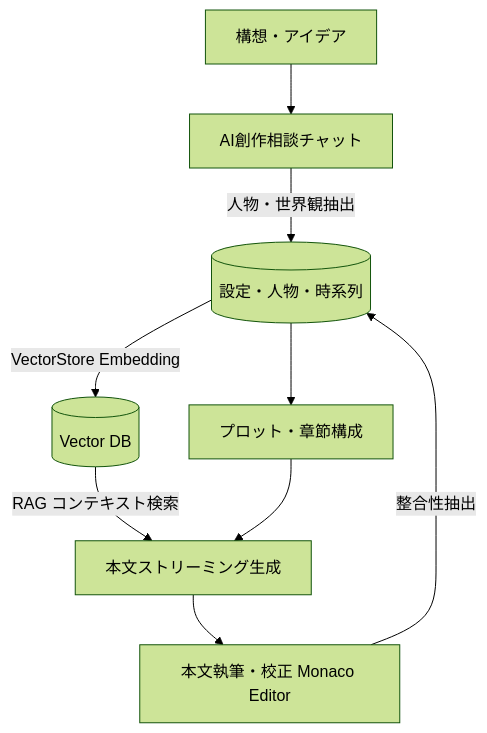
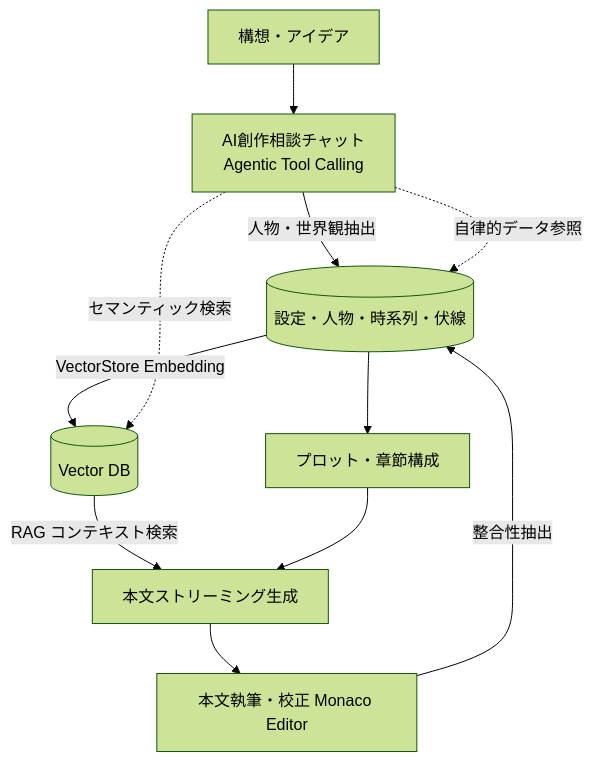
One commit to SoraKumo001/novel-creator changed the diagram in doc/README.md. Above: the diagram before and after it, drawn with Mermaid (forest theme). The commit also changed other lines of this file and 5 other files, not shown here.

````diff
--- a/doc/README.md
+++ b/doc/README.md
@@ -38,11 +41,13 @@
 ```mermaid
 graph TD
-    A[構想・アイデア] --> B[AI創作相談チャット]
-    B -->|人物・世界観抽出| C[(設定・人物・時系列)]
+    A[構想・アイデア] --> B[AI創作相談チャット<br/>Agentic Tool Calling]
+    B -->|人物・世界観抽出| C[(設定・人物・時系列・伏線)]
     C -->|VectorStore Embedding| D[(Vector DB)]
     C --> E[プロット・章節構成]
     D -->|RAG コンテキスト検索| F[本文ストリーミング生成]
     E --> F
     F --> G[本文執筆・校正 Monaco Editor]
     G -->|整合性抽出| C
+    B -.->|自律的データ参照| C
+    B -.->|セマンティック検索| D
 ```
````
